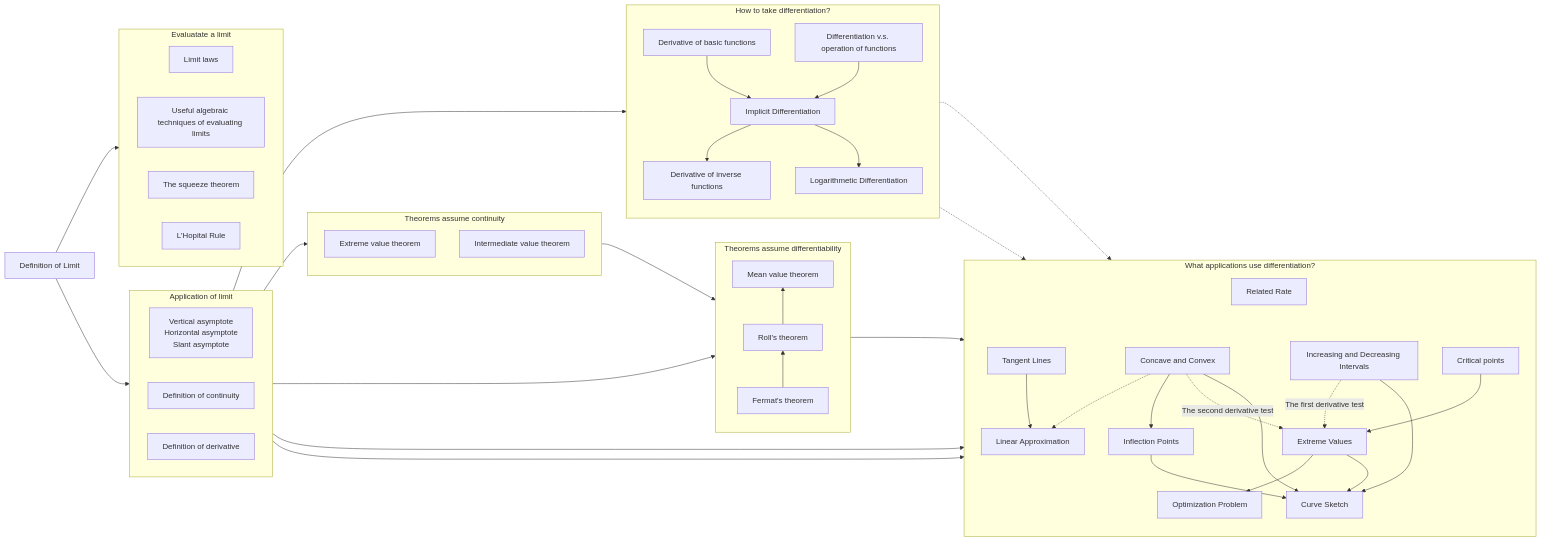
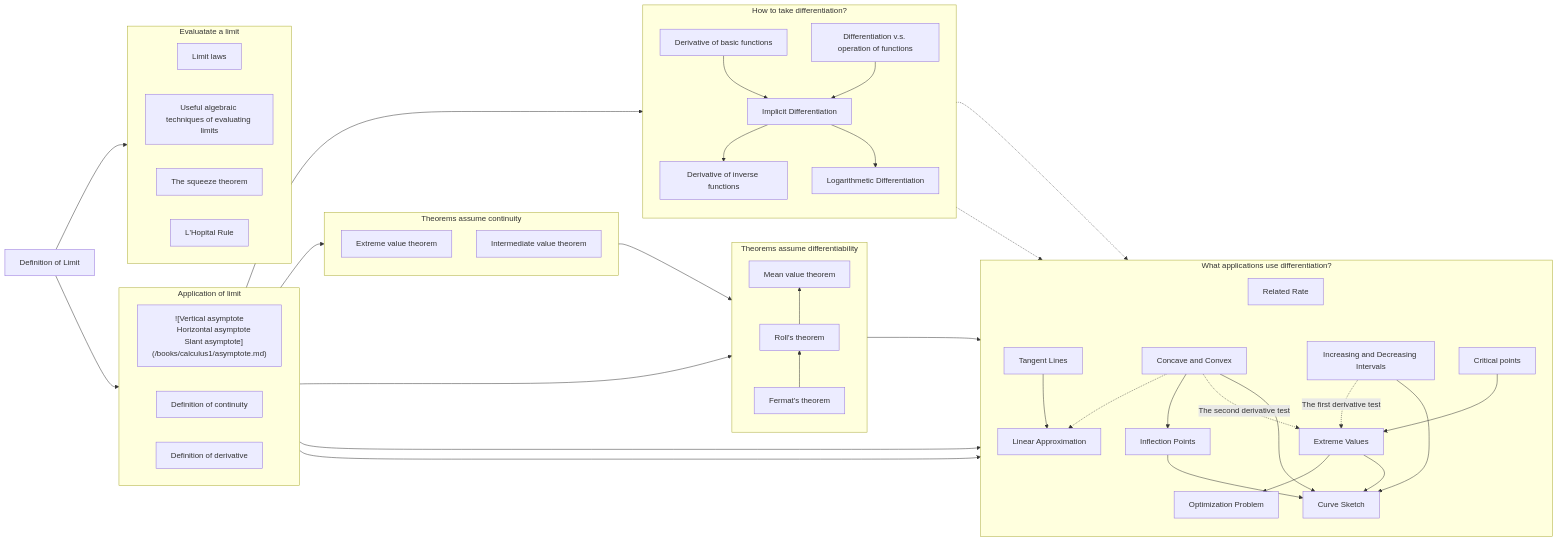
Before and after one commit to junwenwaynepeng/junwenwaynepeng.github.io: the diagram in _posts/2023-10-19-Calculus-1-overview.md, drawn with Mermaid.

```diff
--- a/_posts/2023-10-19-Calculus-1-overview.md
+++ b/_posts/2023-10-19-Calculus-1-overview.md
@@ -17,9 +17,9 @@
     LimitTech["Useful algebraic techniques of evaluating limits"];
     Squeeze["The squeeze theorem"];
     LHopital["L'Hopital Rule"];
-    Asymptote["Vertical asymptote
+    Asymptote["![Vertical asymptote
     Horizontal asymptote
-    Slant asymptote"];
+    Slant asymptote](/books/calculus1/asymptote.md)"];
     Continuity["Definition of continuity"];
     EVT["Extreme value theorem"];
     IVT["Intermediate value theorem"];
```
